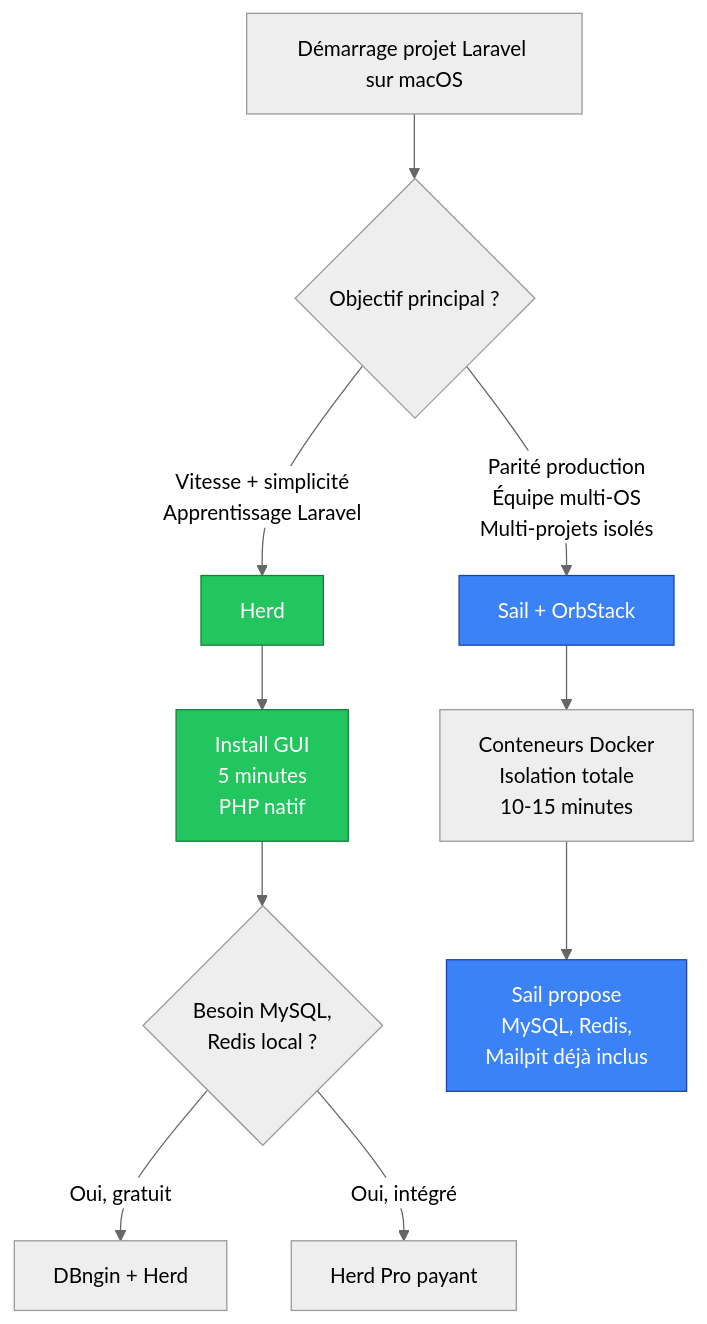
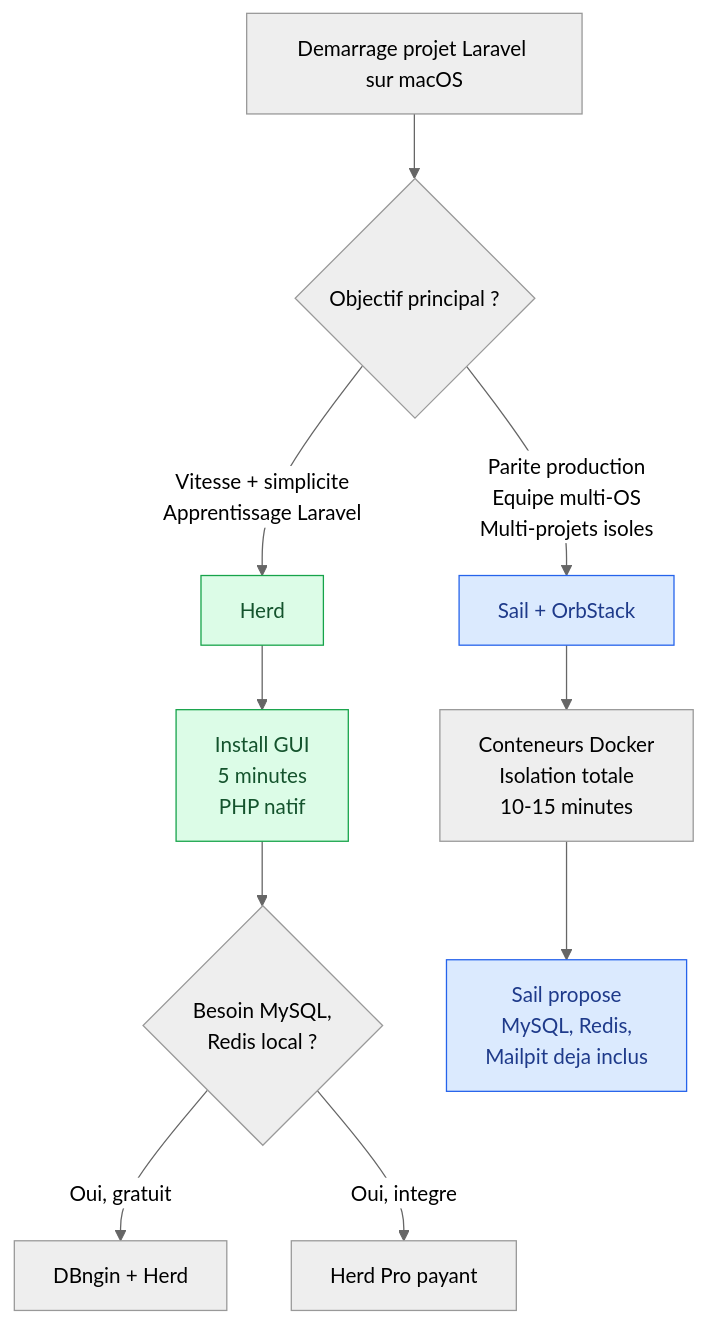
One commit to zyrass/omnydocs changed the first of 2 diagrams in docs/dev-cloud/frameworks/laravel/chapitre-00/06-installation-macos.md. Above: the diagram before and after it, drawn with Mermaid. The commit also changed other lines of this file and 14 other files, not shown here.

````diff
--- a/docs/dev-cloud/frameworks/laravel/chapitre-00/06-installation-macos.md
+++ b/docs/dev-cloud/frameworks/laravel/chapitre-00/06-installation-macos.md
@@ -79,21 +79,18 @@
 ```mermaid
----
-config:
-  theme: "neutral"
----
+%%{init: {'theme':'neutral'}}%%
 flowchart TD
-    A[Démarrage projet Laravel sur macOS] --> B{Objectif principal ?}
-    B -->|Vitesse + simplicité<br/>Apprentissage Laravel| C[Herd]
-    B -->|Parité production<br/>Équipe multi-OS<br/>Multi-projets isolés| D[Sail + OrbStack]
+    A[Demarrage projet Laravel sur macOS] --> B{Objectif principal ?}
+    B -->|Vitesse + simplicite<br/>Apprentissage Laravel| C[Herd]
+    B -->|Parite production<br/>Equipe multi-OS<br/>Multi-projets isoles| D[Sail + OrbStack]
     C --> E[Install GUI<br/>5 minutes<br/>PHP natif]
     D --> F[Conteneurs Docker<br/>Isolation totale<br/>10-15 minutes]
     E --> G{Besoin MySQL,<br/>Redis local ?}
     G -->|Oui, gratuit| H[DBngin + Herd]
-    G -->|Oui, intégré| I[Herd Pro payant]
-    F --> J[Sail propose<br/>MySQL, Redis,<br/>Mailpit déjà inclus]
-    
-    style C fill:#22c55e,stroke:#15803d,color:#fff
-    style D fill:#3b82f6,stroke:#1e40af,color:#fff
-    style E fill:#22c55e,stroke:#15803d,color:#fff
-    style J fill:#3b82f6,stroke:#1e40af,color:#fff
+    G -->|Oui, integre| I[Herd Pro payant]
+    F --> J[Sail propose<br/>MySQL, Redis,<br/>Mailpit deja inclus]
+
+    style C fill:#dcfce7,stroke:#16a34a,color:#14532d
+    style D fill:#dbeafe,stroke:#2563eb,color:#1e3a8a
+    style E fill:#dcfce7,stroke:#16a34a,color:#14532d
+    style J fill:#dbeafe,stroke:#2563eb,color:#1e3a8a
 ```
````
